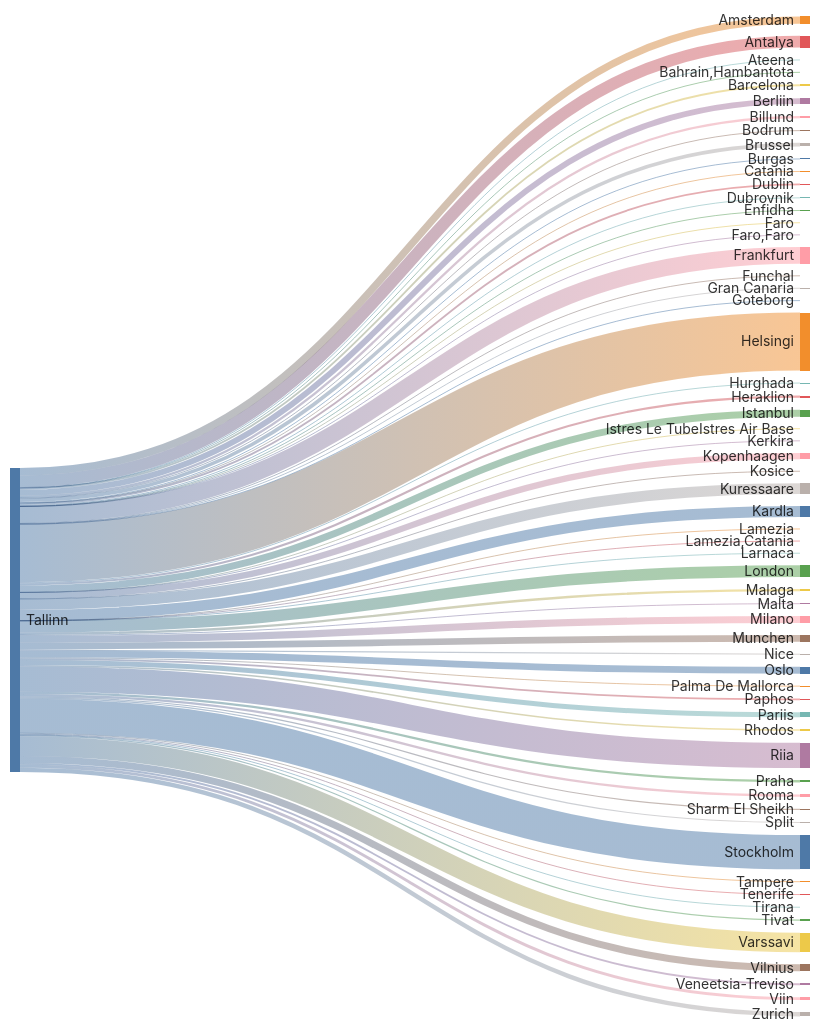
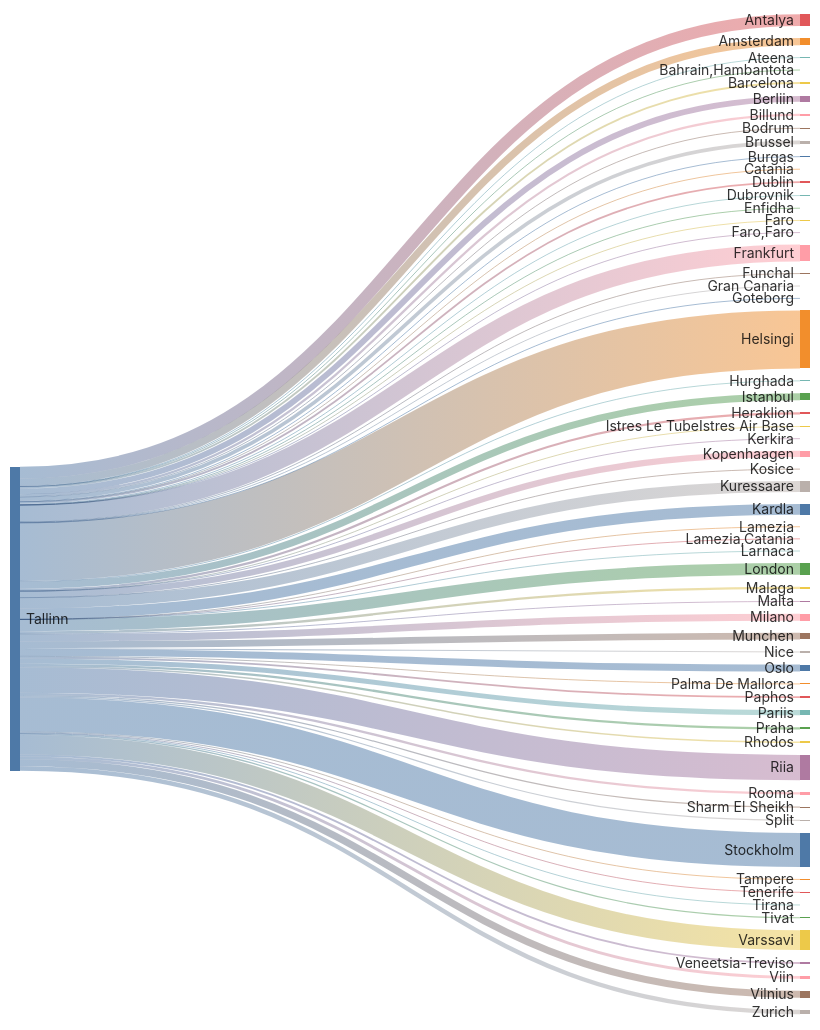
The second of 2 diagrams in README.md (rainermesi/tll-airport-departures), drawn with Mermaid before and after one commit. The commit also changed other lines of this file, not shown here.

````diff
--- a/README.md
+++ b/README.md
@@ -34,72 +34,72 @@
 ```mermaid
 ---
 config:
   sankey:
     showValues: false
     width: 800
     height: 1000
 ---
 sankey-beta
 %% source,target,value
-Tallinn,Amsterdam,156
+Tallinn,Amsterdam,157
 Tallinn,Antalya,253
 Tallinn,Ateena,16
 Tallinn,"Bahrain,Hambantota",1
-Tallinn,Barcelona,39
-Tallinn,Berliin,126
+Tallinn,Barcelona,40
+Tallinn,Berliin,127
 Tallinn,Billund,49
 Tallinn,Bodrum,11
-Tallinn,Brussel,77
+Tallinn,Brussel,78
 Tallinn,Burgas,21
 Tallinn,Catania,2
 Tallinn,Dublin,39
 Tallinn,Dubrovnik,21
 Tallinn,Enfidha,7
 Tallinn,Faro,4
 Tallinn,"Faro,Faro",1
-Tallinn,Frankfurt,360
+Tallinn,Frankfurt,363
 Tallinn,Funchal,5
-Tallinn,Gran Canaria,14
+Tallinn,Gran Canaria,15
 Tallinn,Goteborg,1
-Tallinn,Helsingi,1241
+Tallinn,Helsingi,1250
 Tallinn,Heraklion,46
 Tallinn,Hurghada,21
-Tallinn,Istanbul,149
+Tallinn,Istanbul,151
 Tallinn,Istres Le TubeIstres Air Base,2
 Tallinn,Kerkira,4
-Tallinn,Kopenhaagen,135
+Tallinn,Kopenhaagen,136
 Tallinn,Kosice,1
-Tallinn,Kuressaare,232
-Tallinn,Kardla,232
+Tallinn,Kuressaare,233
+Tallinn,Kardla,233
 Tallinn,Lamezia,1
 Tallinn,"Lamezia,Catania",3
 Tallinn,Larnaca,4
-Tallinn,London,249
+Tallinn,London,251
 Tallinn,Malaga,51
 Tallinn,Malta,15
-Tallinn,Milano,151
+Tallinn,Milano,152
 Tallinn,Munchen,142
 Tallinn,Nice,25
-Tallinn,Oslo,146
+Tallinn,Oslo,148
 Tallinn,Palma De Mallorca,19
 Tallinn,Paphos,38
-Tallinn,Pariis,107
+Tallinn,Pariis,108
 Tallinn,Praha,49
 Tallinn,Rhodos,32
-Tallinn,Riia,541
-Tallinn,Rooma,51
-Tallinn,Sharm El Sheikh,25
+Tallinn,Riia,545
+Tallinn,Rooma,52
+Tallinn,Sharm El Sheikh,26
 Tallinn,Split,25
-Tallinn,Stockholm,732
+Tallinn,Stockholm,735
 Tallinn,Tampere,17
 Tallinn,Tenerife,21
 Tallinn,Tirana,8
 Tallinn,Tivat,26
-Tallinn,Varssavi,421
-Tallinn,Veneetsia-Treviso,39
+Tallinn,Varssavi,424
+Tallinn,Veneetsia-Treviso,40
 Tallinn,Viin,62
-Tallinn,Vilnius,151
-Tallinn,Zurich,94
+Tallinn,Vilnius,152
+Tallinn,Zurich,95
 
 
 ```
````
